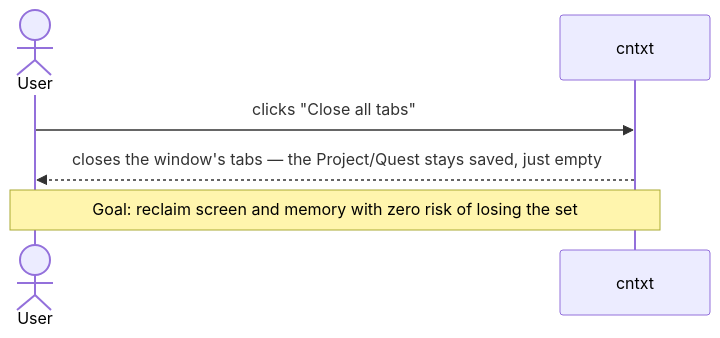
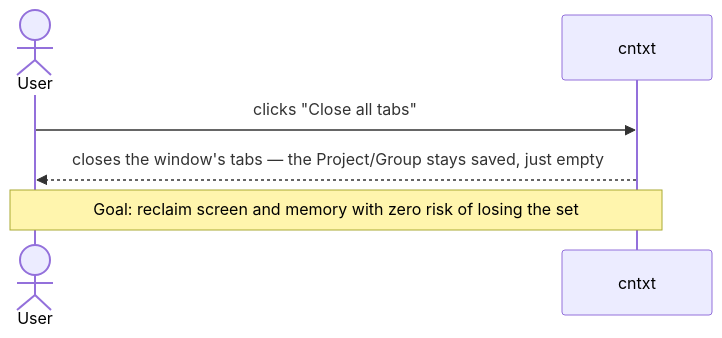
Before and after one commit to enyhma/cntxt: the eighth of 11 diagrams in docs/workflows.md, drawn with Mermaid. The commit also changed other lines of this file and 7 other files, not shown here.

First line of the commit message:
docs: rename Quest to Group across CLAUDE.md and docs/

````diff
--- a/docs/workflows.md
+++ b/docs/workflows.md
@@ -204,9 +204,9 @@
 ```mermaid
 sequenceDiagram
     actor User
     participant cntxt
 
     User->>cntxt: clicks "Close all tabs"
-    cntxt-->>User: closes the window's tabs — the Project/Quest stays saved, just empty
+    cntxt-->>User: closes the window's tabs — the Project/Group stays saved, just empty
     Note over User,cntxt: Goal: reclaim screen and memory with zero risk of losing the set
 ```
````
